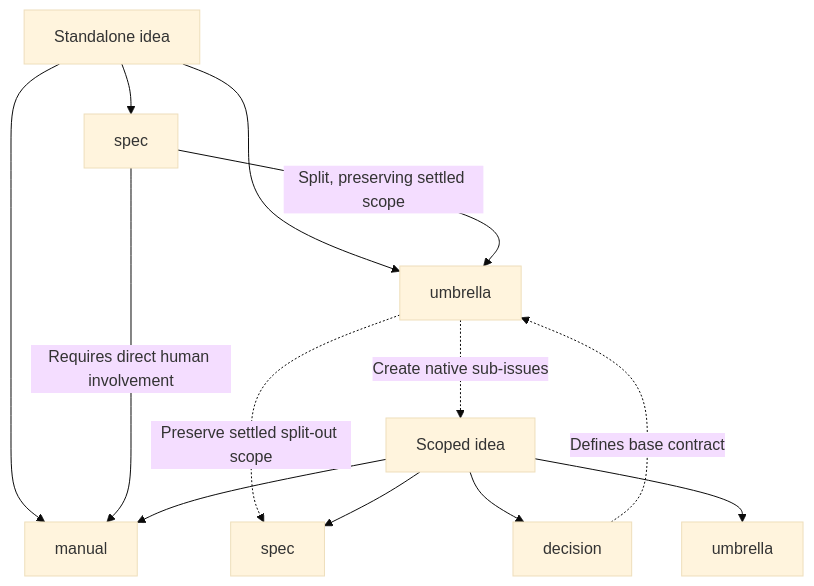
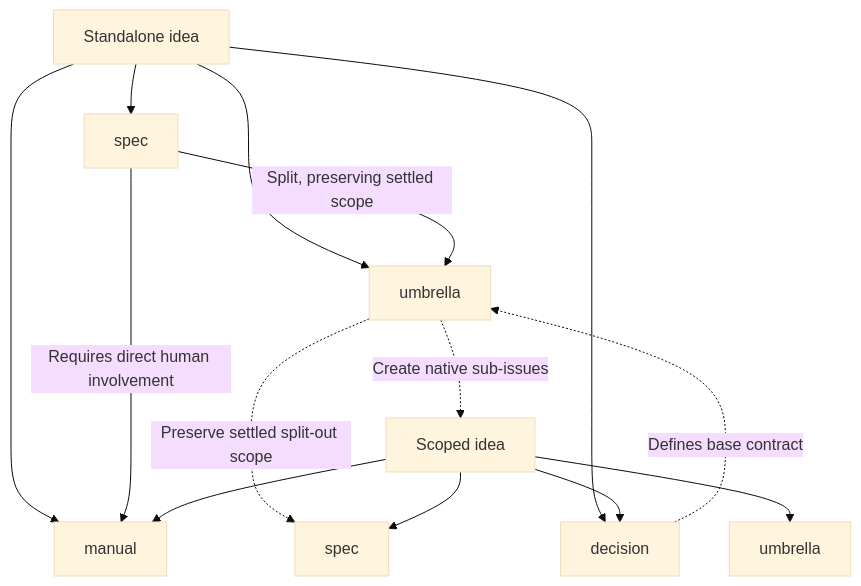
Before and after one commit to dhhyi/recipe-db: the diagram in CONTRIBUTING.md, drawn with Mermaid (base theme). The commit also changed other lines of this file and 2 other files, not shown here.

First line of the commit message:
Allow standalone decision records

````diff
--- a/CONTRIBUTING.md
+++ b/CONTRIBUTING.md
@@ -40,15 +40,16 @@
 ```mermaid
 flowchart TD
     Idea[Standalone idea] --> Spec[spec]
     Idea --> Umbrella[umbrella]
     Idea --> Manual[manual]
+    Idea --> Decision[decision]
     Spec -->|Requires direct human involvement| Manual
     Spec -->|Split, preserving settled scope| Umbrella
     Umbrella -.->|Create native sub-issues| Child[Scoped idea]
     Umbrella -.->|Preserve settled split-out scope| ChildSpec[spec]
     Child --> ChildSpec[spec]
     Child --> Manual
-    Child --> Decision[decision]
+    Child --> Decision
     Child --> Nested[umbrella]
     Decision -.->|Defines base contract| Umbrella
 ```
````
